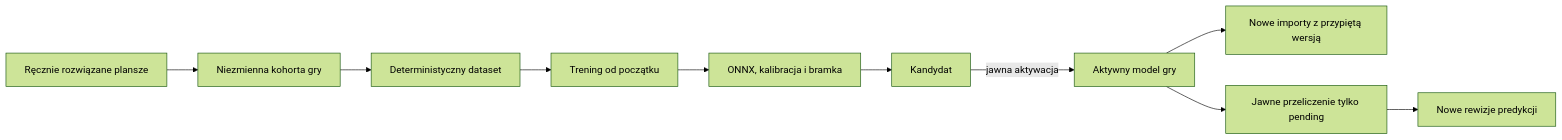
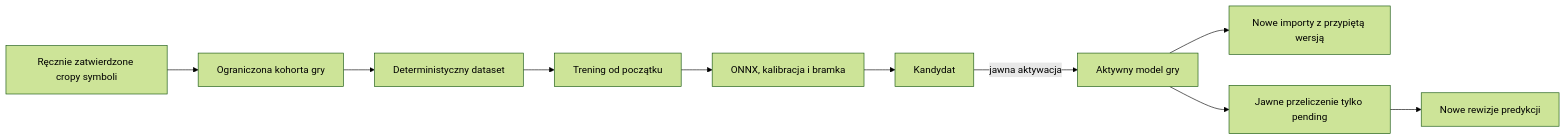
The diagram in ai_docs/architecture/SUPERVISED_MODEL_IMPROVEMENT.md (tuszynski-michal/game_predicotr), drawn with Mermaid (forest theme) before and after one commit. The commit also changed other lines of this file and 5 other files, not shown here.

````diff
--- a/ai_docs/architecture/SUPERVISED_MODEL_IMPROVEMENT.md
+++ b/ai_docs/architecture/SUPERVISED_MODEL_IMPROVEMENT.md
@@ -23,12 +23,12 @@
 ```mermaid
 flowchart LR
-    A["Ręcznie rozwiązane plansze"] --> B["Niezmienna kohorta gry"]
+    A["Ręcznie zatwierdzone cropy symboli"] --> B["Ograniczona kohorta gry"]
     B --> C["Deterministyczny dataset"]
     C --> D["Trening od początku"]
     D --> E["ONNX, kalibracja i bramka"]
     E --> F["Kandydat"]
     F -->|"jawna aktywacja"| G["Aktywny model gry"]
     G --> H["Nowe importy z przypiętą wersją"]
     G --> I["Jawne przeliczenie tylko pending"]
     I --> J["Nowe rewizje predykcji"]
 ```
````
